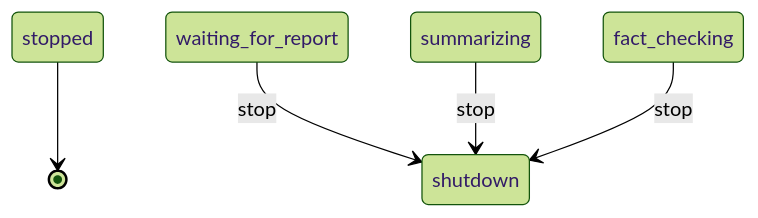
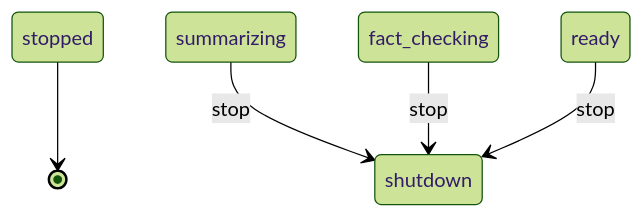
Before and after one commit to sheikkinen/statemachine-engine: the third of 3 diagrams in docs/fsm-diagrams/patient-records/patient-records_fsm.md, drawn with Mermaid (forest theme). The commit also changed other lines of this file and 10 other files, not shown here.

````diff
--- a/docs/fsm-diagrams/patient-records/patient-records_fsm.md
+++ b/docs/fsm-diagrams/patient-records/patient-records_fsm.md
@@ -83,9 +76,9 @@
 ```mermaid
 stateDiagram-v2
     %% Stop/Shutdown Flow
     shutdown : shutdown
     stopped --> [*]
-    waiting_for_report --> shutdown : stop
     summarizing --> shutdown : stop
     fact_checking --> shutdown : stop
+    ready --> shutdown : stop
 ```
````
